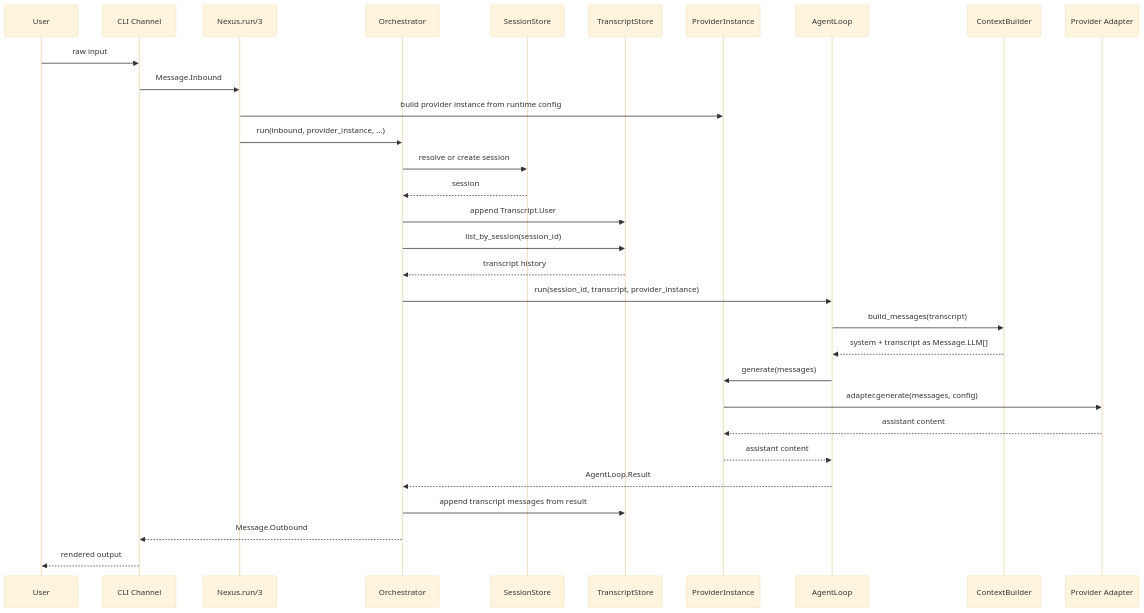
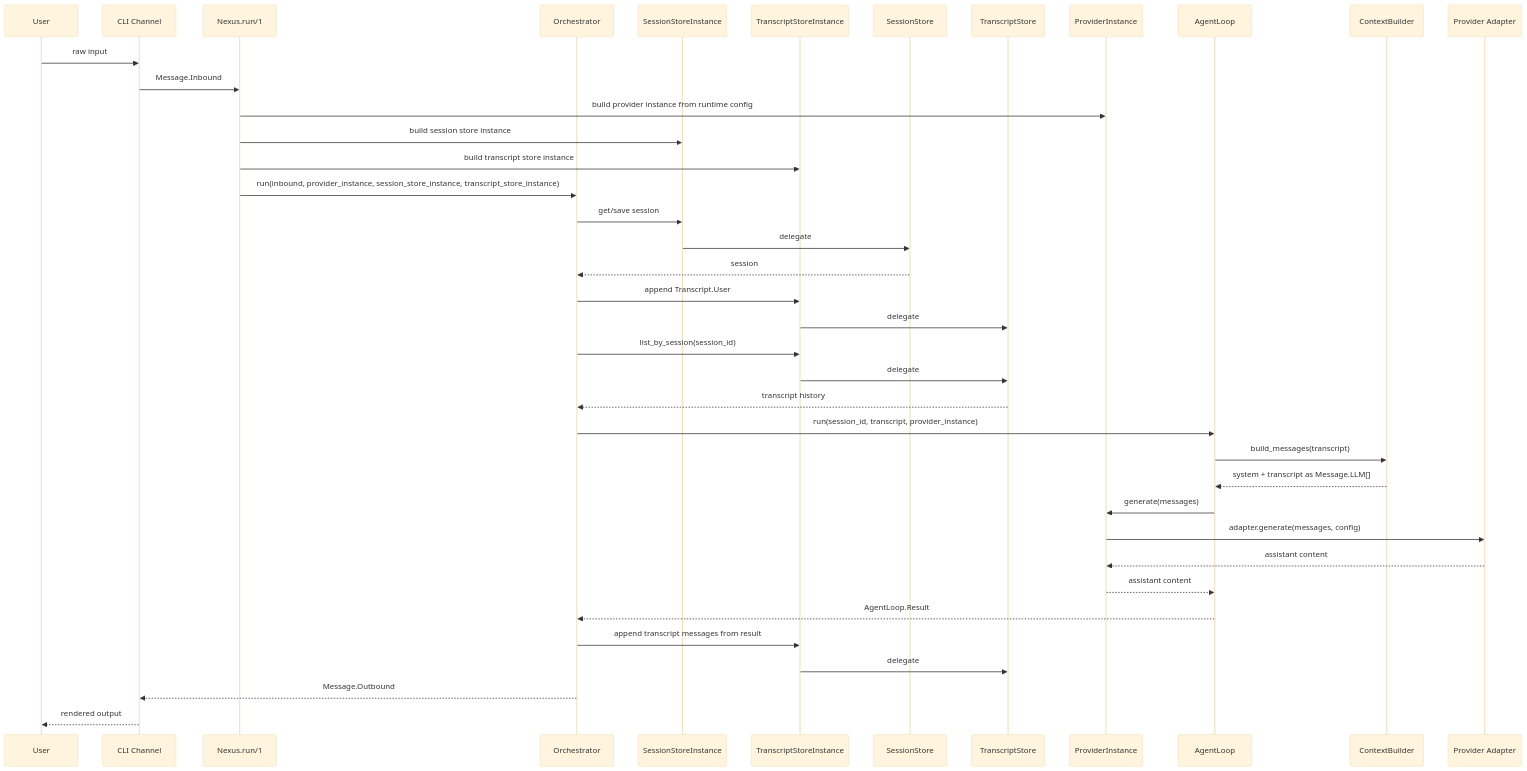
One commit to 0xc14m1z/nexus changed the second of 3 diagrams in docs/architecture-diagrams.md. Above: the diagram before and after it, drawn with Mermaid (base theme). The commit also changed other lines of this file and 21 other files, not shown here.

````diff
--- a/docs/architecture-diagrams.md
+++ b/docs/architecture-diagrams.md
@@ -52,34 +58,42 @@
 ```mermaid
 sequenceDiagram
     participant U as User
     participant C as CLI Channel
-    participant R as Nexus.run/3
+    participant R as Nexus.run/1
     participant O as Orchestrator
+    participant SSI as SessionStoreInstance
+    participant TSI as TranscriptStoreInstance
     participant S as SessionStore
     participant T as TranscriptStore
     participant PI as ProviderInstance
     participant A as AgentLoop
     participant B as ContextBuilder
     participant P as Provider Adapter
 
     U->>C: raw input
     C->>R: Message.Inbound
     R->>PI: build provider instance from runtime config
-    R->>O: run(inbound, provider_instance, ...)
-    O->>S: resolve or create session
+    R->>SSI: build session store instance
+    R->>TSI: build transcript store instance
+    R->>O: run(inbound, provider_instance, session_store_instance, transcript_store_instance)
+    O->>SSI: get/save session
+    SSI->>S: delegate
     S-->>O: session
-    O->>T: append Transcript.User
-    O->>T: list_by_session(session_id)
+    O->>TSI: append Transcript.User
+    TSI->>T: delegate
+    O->>TSI: list_by_session(session_id)
+    TSI->>T: delegate
     T-->>O: transcript history
     O->>A: run(session_id, transcript, provider_instance)
     A->>B: build_messages(transcript)
     B-->>A: system + transcript as Message.LLM[]
     A->>PI: generate(messages)
     PI->>P: adapter.generate(messages, config)
     P-->>PI: assistant content
     PI-->>A: assistant content
     A-->>O: AgentLoop.Result
-    O->>T: append transcript messages from result
+    O->>TSI: append transcript messages from result
+    TSI->>T: delegate
     O-->>C: Message.Outbound
     C-->>U: rendered output
 ```
````
